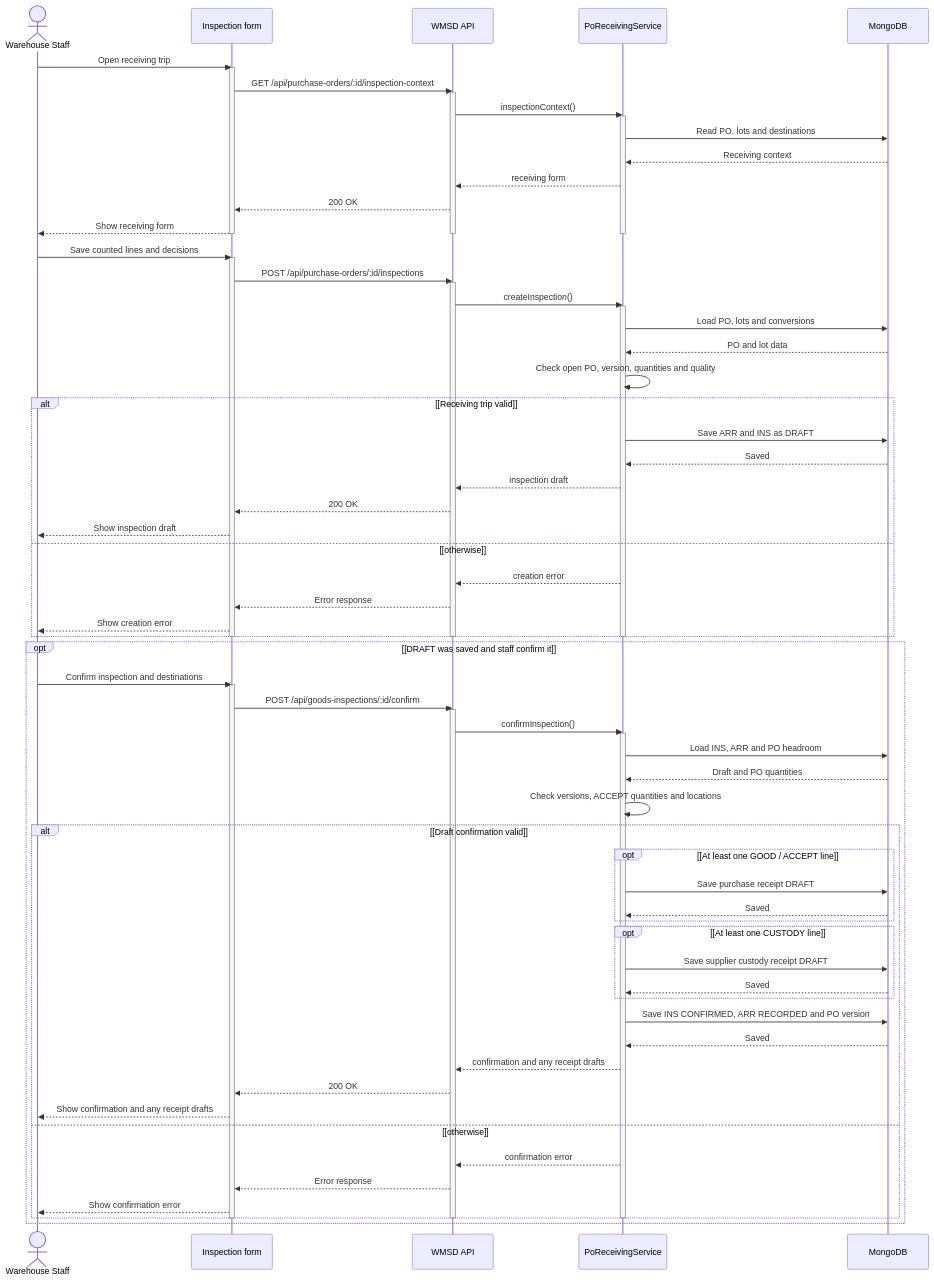
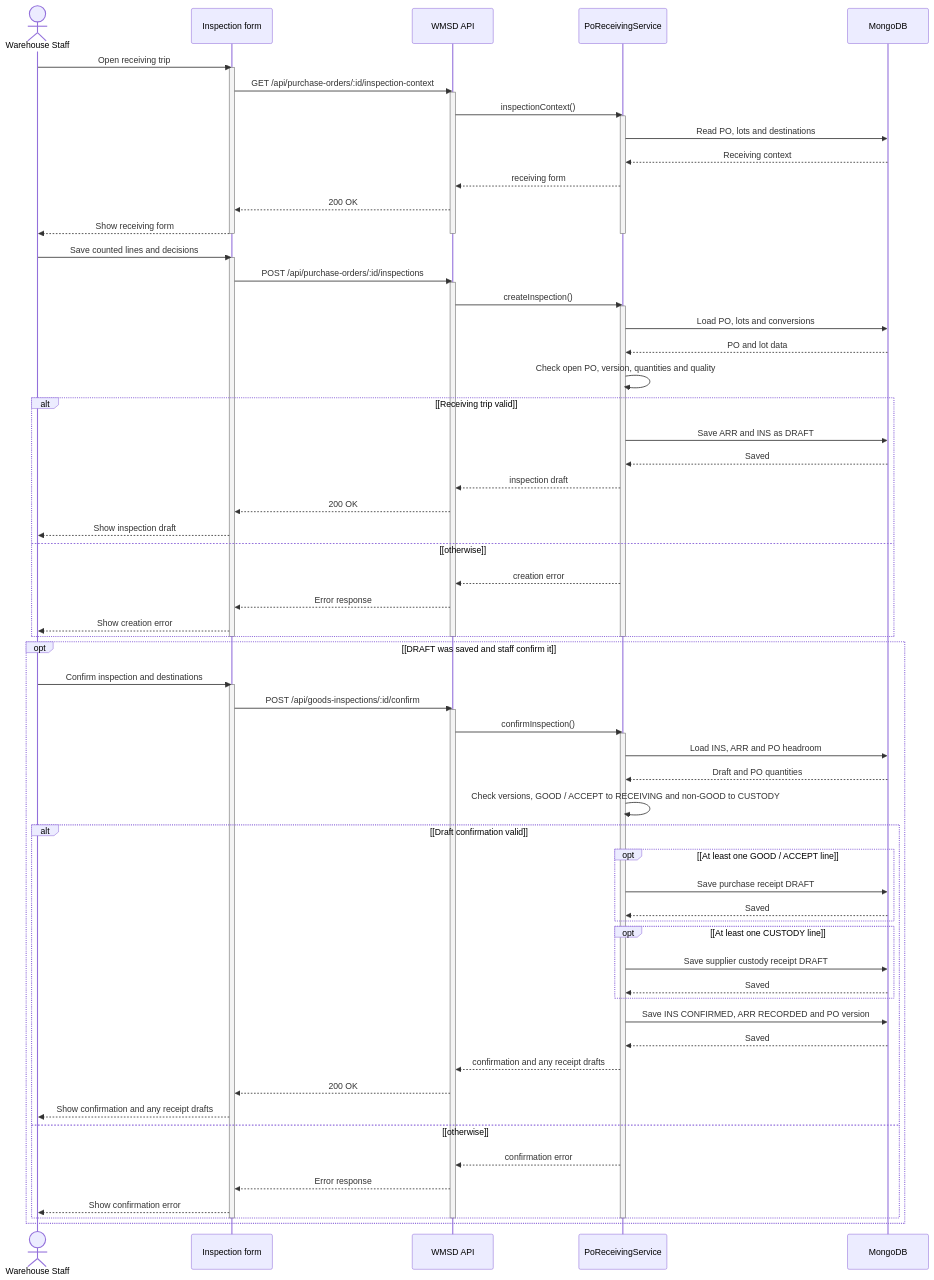
Before and after one commit to bupbalabup/wmsd_be: diagram 17 of 46 in git_doc/docs/01_bao_cao/WMSD_Report4_Draft.md, drawn with Mermaid. The commit also changed other lines of this file and 32 other files, not shown here.

````diff
--- a/git_doc/docs/01_bao_cao/WMSD_Report4_Draft.md
+++ b/git_doc/docs/01_bao_cao/WMSD_Report4_Draft.md
@@ -995,78 +1224,78 @@
 ```mermaid
 sequenceDiagram
   actor X as Warehouse Staff
   participant U as Inspection form
   participant A as WMSD API
   participant S as PoReceivingService
   participant D as MongoDB
   X->>U: Open receiving trip
   activate U
   U->>A: GET /api/purchase-orders/:id/inspection-context
   activate A
   A->>S: inspectionContext()
   activate S
   S->>D: Read PO, lots and destinations
   D-->>S: Receiving context
   S-->>A: receiving form
   A-->>U: 200 OK
   U-->>X: Show receiving form
   deactivate S
   deactivate A
   deactivate U
   X->>U: Save counted lines and decisions
   activate U
   U->>A: POST /api/purchase-orders/:id/inspections
   activate A
   A->>S: createInspection()
   activate S
   S->>D: Load PO, lots and conversions
   D-->>S: PO and lot data
   S->>S: Check open PO, version, quantities and quality
   alt [Receiving trip valid]
     S->>D: Save ARR and INS as DRAFT
     D-->>S: Saved
     S-->>A: inspection draft
     A-->>U: 200 OK
     U-->>X: Show inspection draft
   else [otherwise]
     S-->>A: creation error
     A-->>U: Error response
     U-->>X: Show creation error
   end
   deactivate S
   deactivate A
   deactivate U
   opt [DRAFT was saved and staff confirm it]
     X->>U: Confirm inspection and destinations
     activate U
     U->>A: POST /api/goods-inspections/:id/confirm
     activate A
     A->>S: confirmInspection()
     activate S
     S->>D: Load INS, ARR and PO headroom
     D-->>S: Draft and PO quantities
-    S->>S: Check versions, ACCEPT quantities and locations
+    S->>S: Check versions, GOOD / ACCEPT to RECEIVING and non-GOOD to CUSTODY
     alt [Draft confirmation valid]
       opt [At least one GOOD / ACCEPT line]
         S->>D: Save purchase receipt DRAFT
         D-->>S: Saved
       end
       opt [At least one CUSTODY line]
         S->>D: Save supplier custody receipt DRAFT
         D-->>S: Saved
       end
       S->>D: Save INS CONFIRMED, ARR RECORDED and PO version
       D-->>S: Saved
       S-->>A: confirmation and any receipt drafts
       A-->>U: 200 OK
       U-->>X: Show confirmation and any receipt drafts
     else [otherwise]
       S-->>A: confirmation error
       A-->>U: Error response
       U-->>X: Show confirmation error
     end
     deactivate S
     deactivate A
     deactivate U
   end
 ```
````
